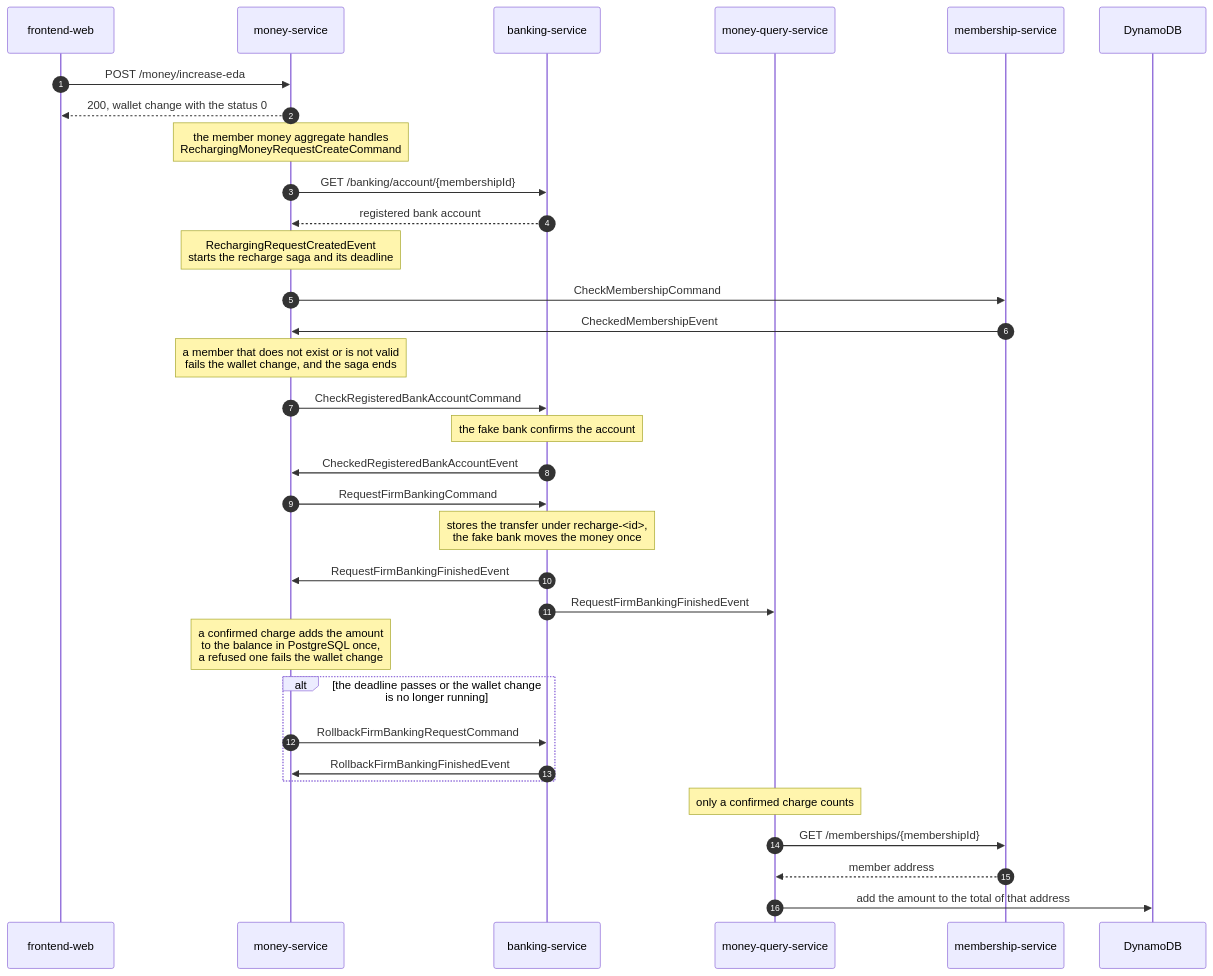
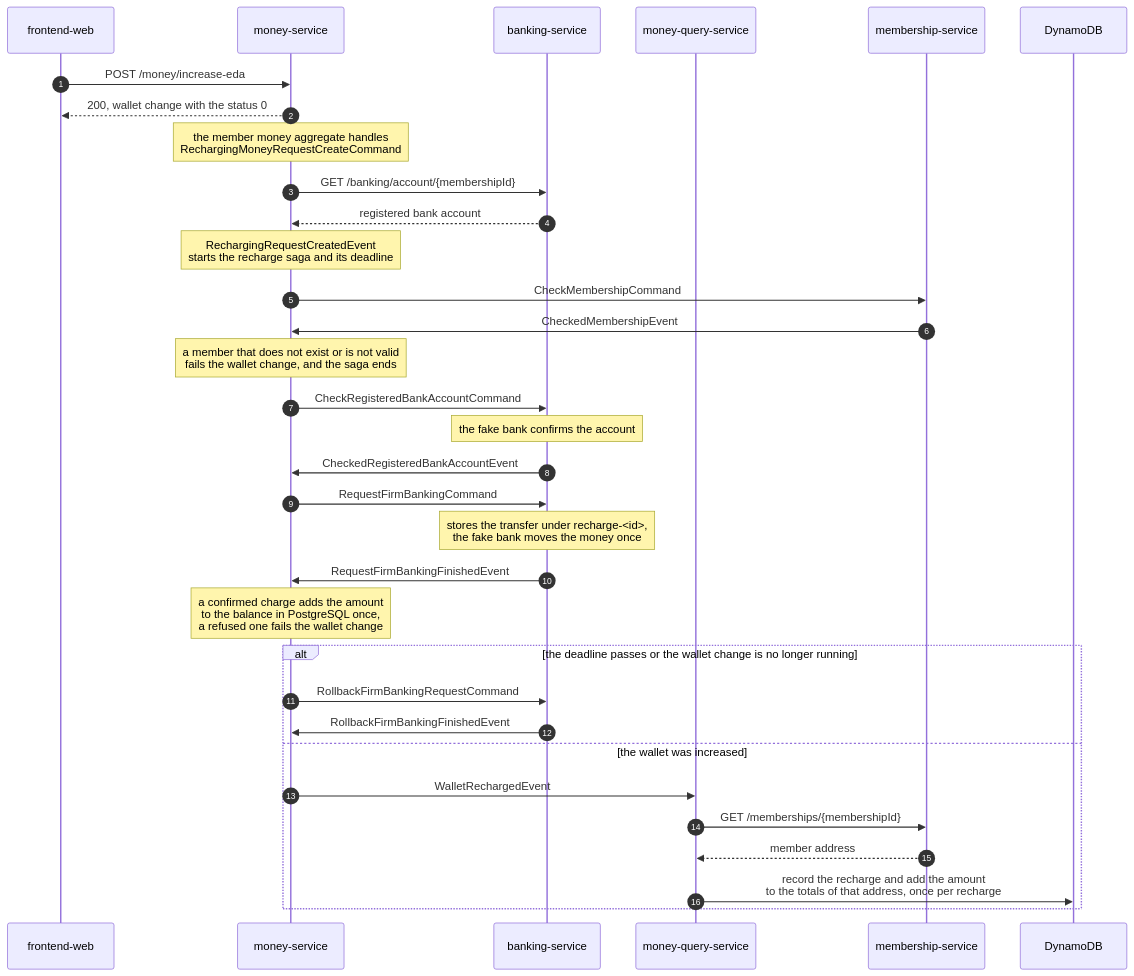
The first of 4 diagrams in docs/architecture.md (chrysaor/JayPay), drawn with Mermaid before and after one commit. The commit also changed 6 other files, not shown here.

First line of the commit message:
docs: record why the region total counts wallet increases, and the retrospective of #139

````diff
--- a/docs/architecture.md
+++ b/docs/architecture.md
@@ -9,36 +9,36 @@
 ```mermaid
 sequenceDiagram
     autonumber
     participant web as frontend-web
     participant money as money-service
     participant banking as banking-service
     participant query as money-query-service
     participant membership as membership-service
     participant dynamodb as DynamoDB
 
     web->>money: POST /money/increase-eda
     money-->>web: 200, wallet change with the status 0
     Note over money: the member money aggregate handles<br/>RechargingMoneyRequestCreateCommand
     money->>banking: GET /banking/account/{membershipId}
     banking-->>money: registered bank account
     Note over money: RechargingRequestCreatedEvent<br/>starts the recharge saga and its deadline
     money->>membership: CheckMembershipCommand
     membership->>money: CheckedMembershipEvent
     Note over money: a member that does not exist or is not valid<br/>fails the wallet change, and the saga ends
     money->>banking: CheckRegisteredBankAccountCommand
     Note over banking: the fake bank confirms the account
     banking->>money: CheckedRegisteredBankAccountEvent
     money->>banking: RequestFirmBankingCommand
     Note over banking: stores the transfer under recharge-<id>,<br/>the fake bank moves the money once
     banking->>money: RequestFirmBankingFinishedEvent
-    banking->>query: RequestFirmBankingFinishedEvent
     Note over money: a confirmed charge adds the amount<br/>to the balance in PostgreSQL once,<br/>a refused one fails the wallet change
     alt the deadline passes or the wallet change is no longer running
         money->>banking: RollbackFirmBankingRequestCommand
         banking->>money: RollbackFirmBankingFinishedEvent
+    else the wallet was increased
+        money->>query: WalletRechargedEvent
+        query->>membership: GET /memberships/{membershipId}
+        membership-->>query: member address
+        query->>dynamodb: record the recharge and add the amount<br/>to the totals of that address, once per recharge
     end
-    Note over query: only a confirmed charge counts
-    query->>membership: GET /memberships/{membershipId}
-    membership-->>query: member address
-    query->>dynamodb: add the amount to the total of that address
 ```
````
